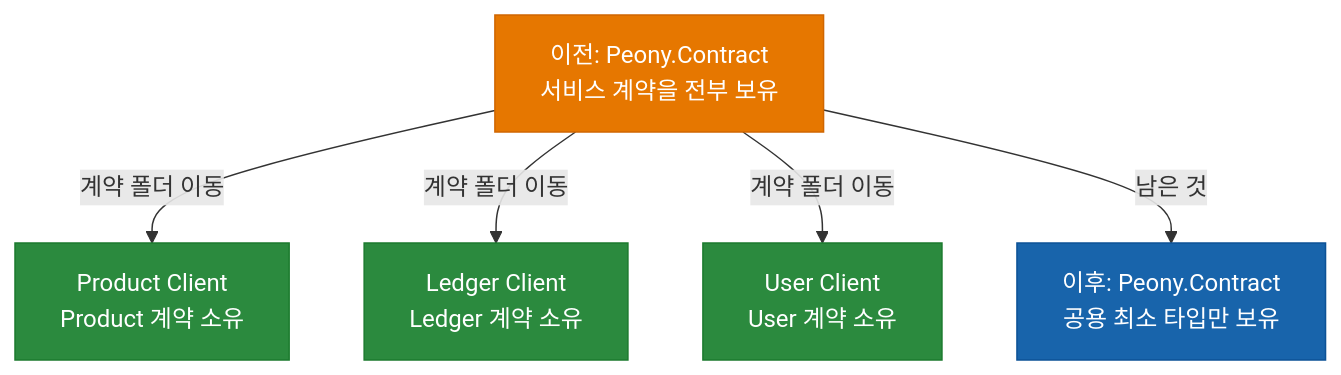
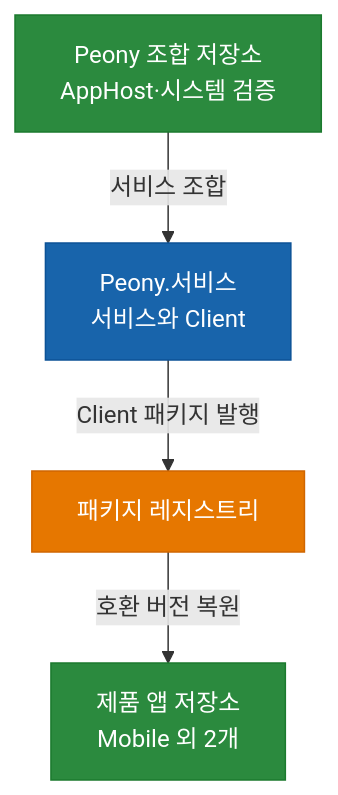
The diagram in blog/peony-monorepo-split-fifteen-services.md (ibocon/ibocon), drawn with Mermaid before and after one commit. The commit also changed other lines of this file and 3 other files, not shown here.

````diff
--- a/blog/peony-monorepo-split-fifteen-services.md
+++ b/blog/peony-monorepo-split-fifteen-services.md
@@ -87,13 +48,11 @@
 ```mermaid
 flowchart TB
-    A[이전: Peony.Contract<br/>서비스 계약을 전부 보유] -->|계약 폴더 이동| C1[Product Client<br/>Product 계약 소유]
-    A -->|계약 폴더 이동| C2[Ledger Client<br/>Ledger 계약 소유]
-    A -->|계약 폴더 이동| C3[User Client<br/>User 계약 소유]
-    A -->|남은 것| D[이후: Peony.Contract<br/>공용 최소 타입만 보유]
+    S[Peony.서비스<br/>서비스와 Client] -->|Client 패키지 발행| R[패키지 레지스트리]
+    R -->|호환 버전 복원| A[제품 앱 저장소<br/>Mobile 외 2개]
+    H[Peony 조합 저장소<br/>AppHost·시스템 검증] -->|서비스 조합| S
 
-    style A fill:#e67700,stroke:#d06600,color:#fff
-    style C1 fill:#2b8a3e,stroke:#1b7a2e,color:#fff
-    style C2 fill:#2b8a3e,stroke:#1b7a2e,color:#fff
-    style C3 fill:#2b8a3e,stroke:#1b7a2e,color:#fff
-    style D fill:#1864ab,stroke:#0c5296,color:#fff
+    style S fill:#1864ab,stroke:#0c5296,color:#fff
+    style R fill:#e67700,stroke:#d06600,color:#fff
+    style A fill:#2b8a3e,stroke:#1b7a2e,color:#fff
+    style H fill:#2b8a3e,stroke:#1b7a2e,color:#fff
 ```
````
